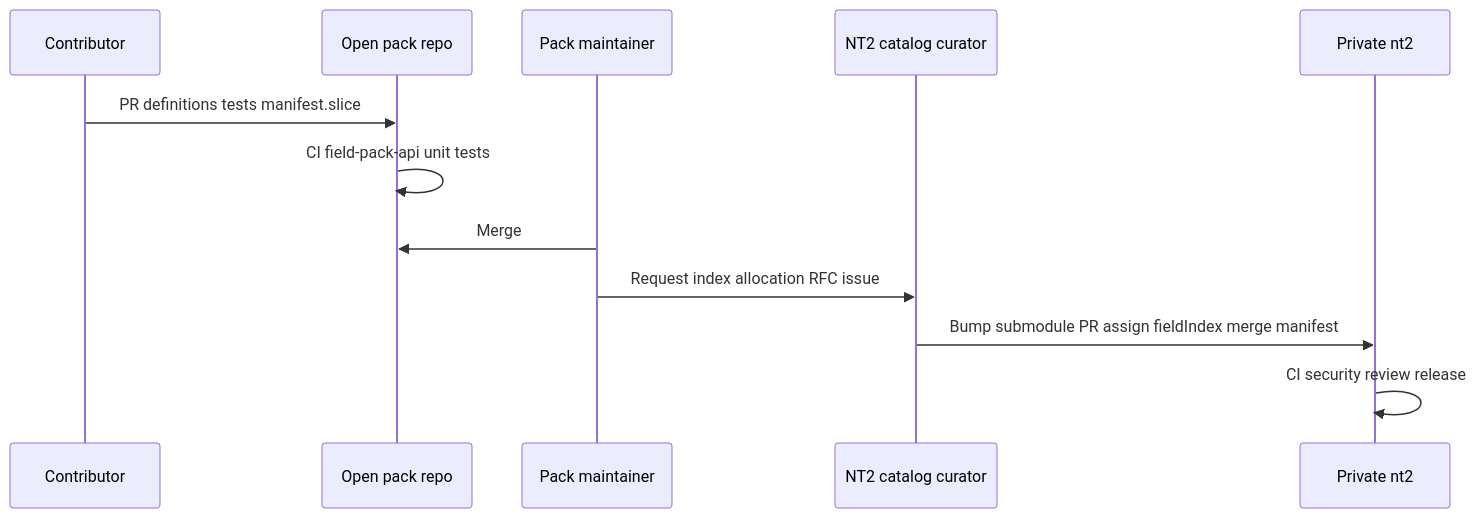
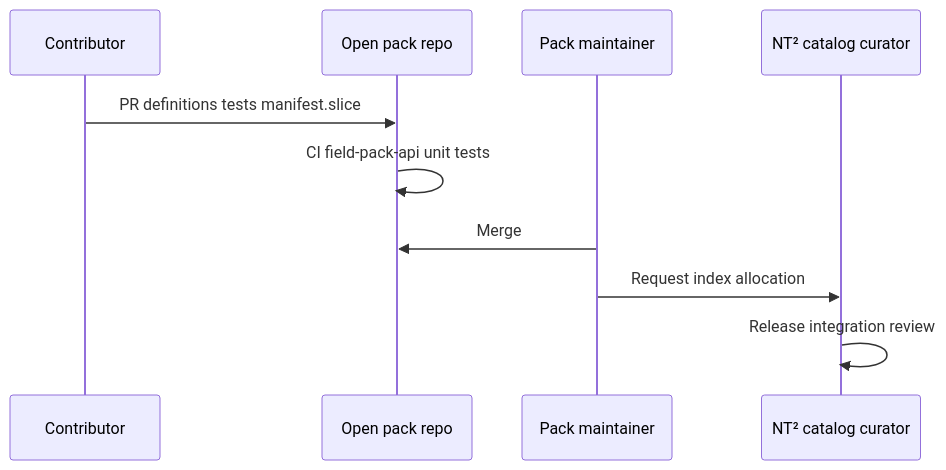
The second of 2 diagrams in content/field-packs/overview.md (nt2-community/developer-docs), drawn with Mermaid before and after one commit. The commit also changed other lines of this file and 9 other files, not shown here.

````diff
--- a/content/field-packs/overview.md
+++ b/content/field-packs/overview.md
@@ -216,15 +143,13 @@
 ```mermaid
 sequenceDiagram
   participant C as Contributor
   participant O as Open pack repo
   participant M as Pack maintainer
-  participant N as NT2 catalog curator
-  participant P as Private nt2
+  participant N as NT² catalog curator
 
   C->>O: PR definitions tests manifest.slice
   O->>O: CI field-pack-api unit tests
   M->>O: Merge
-  M->>N: Request index allocation RFC issue
-  N->>P: Bump submodule PR assign fieldIndex merge manifest
-  P->>P: CI security review release
+  M->>N: Request index allocation
+  N->>N: Release integration review
 ```
````
